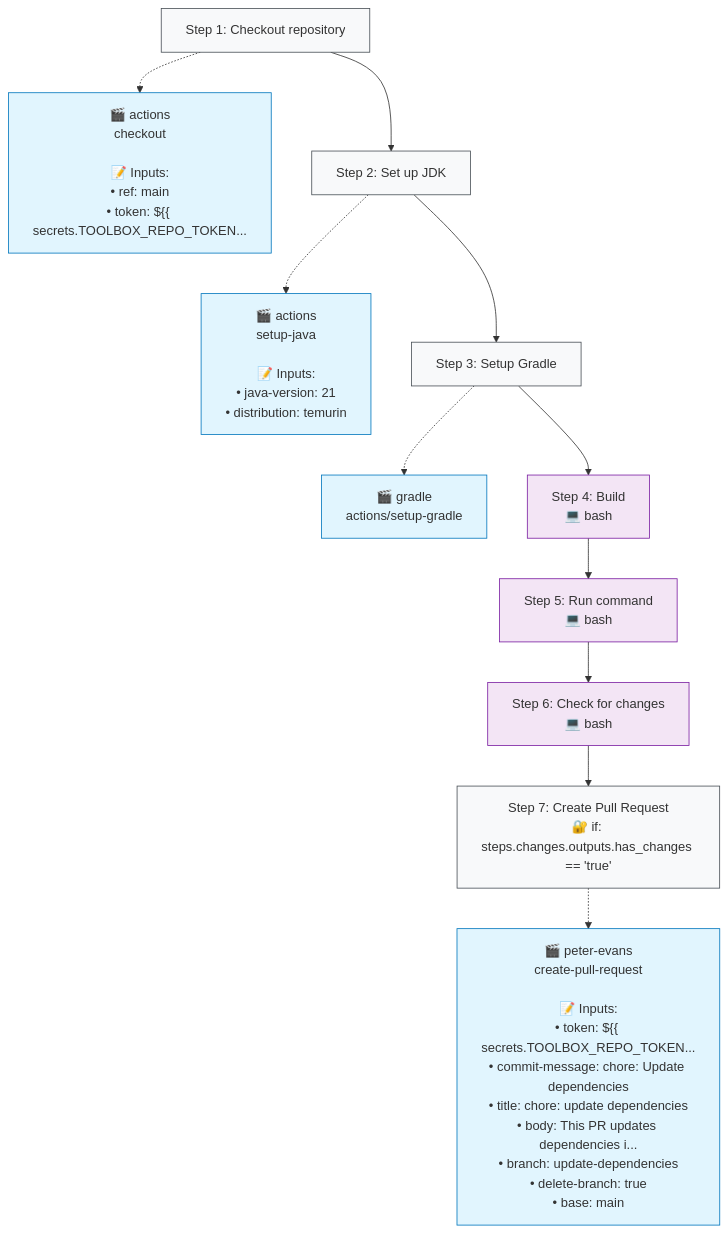
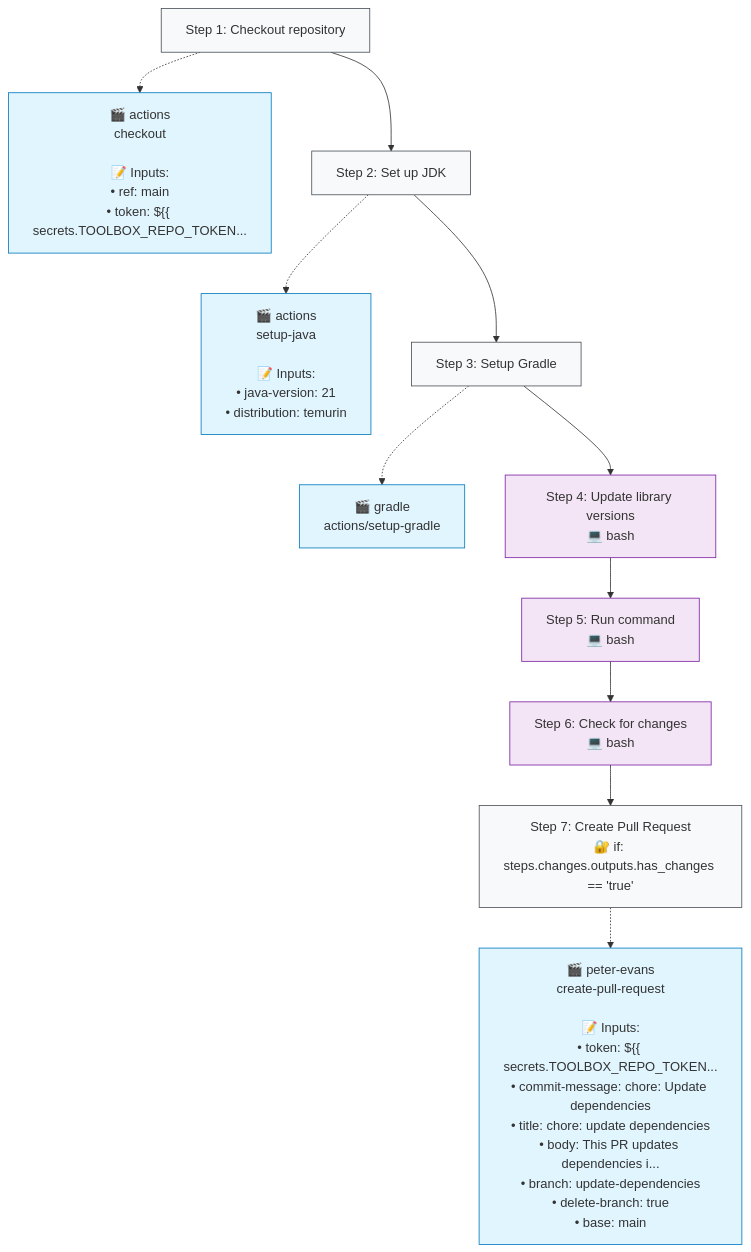
Before and after one commit to http4k/typeflows: the second of 2 diagrams in .github/typeflows/update-dependencies/README.md, drawn with Mermaid. The commit also changed 2 other files, not shown here.

Commit message:
Rename step

````diff
--- a/.github/typeflows/update-dependencies/README.md
+++ b/.github/typeflows/update-dependencies/README.md
@@ -24,36 +24,36 @@
 ```mermaid
 %%{init: {"flowchart": {"curve": "basis"}}}%%
 flowchart TD
     step1["Step 1: Checkout repository"]
     style step1 fill:#f8f9fa,stroke:#495057
     action1["🎬 actions<br/>checkout<br/><br/>📝 Inputs:<br/>• ref: main<br/>• token: ${{ secrets.TOOLBOX_REPO_TOKEN..."]
     style action1 fill:#e1f5fe,stroke:#0277bd
     step1 -.-> action1
     step2["Step 2: Set up JDK"]
     style step2 fill:#f8f9fa,stroke:#495057
     action2["🎬 actions<br/>setup-java<br/><br/>📝 Inputs:<br/>• java-version: 21<br/>• distribution: temurin"]
     style action2 fill:#e1f5fe,stroke:#0277bd
     step2 -.-> action2
     step1 --> step2
     step3["Step 3: Setup Gradle"]
     style step3 fill:#f8f9fa,stroke:#495057
     action3["🎬 gradle<br/>actions/setup-gradle"]
     style action3 fill:#e1f5fe,stroke:#0277bd
     step3 -.-> action3
     step2 --> step3
-    step4["Step 4: Build<br/>💻 bash"]
+    step4["Step 4: Update library versions<br/>💻 bash"]
     style step4 fill:#f3e5f5,stroke:#7b1fa2
     step3 --> step4
     step5["Step 5: Run command<br/>💻 bash"]
     style step5 fill:#f3e5f5,stroke:#7b1fa2
     step4 --> step5
     step6["Step 6: Check for changes<br/>💻 bash"]
     style step6 fill:#f3e5f5,stroke:#7b1fa2
     step5 --> step6
     step7["Step 7: Create Pull Request<br/>🔐 if: steps.changes.outputs.has_changes == 'true'"]
     style step7 fill:#f8f9fa,stroke:#495057
     action7["🎬 peter-evans<br/>create-pull-request<br/><br/>📝 Inputs:<br/>• token: ${{ secrets.TOOLBOX_REPO_TOKEN...<br/>• commit-message: chore: Update dependencies<br/>• title: chore: update dependencies<br/>• body: This PR updates dependencies i...<br/>• branch: update-dependencies<br/>• delete-branch: true<br/>• base: main"]
     style action7 fill:#e1f5fe,stroke:#0277bd
     step7 -.-> action7
     step6 --> step7
 ```
````
